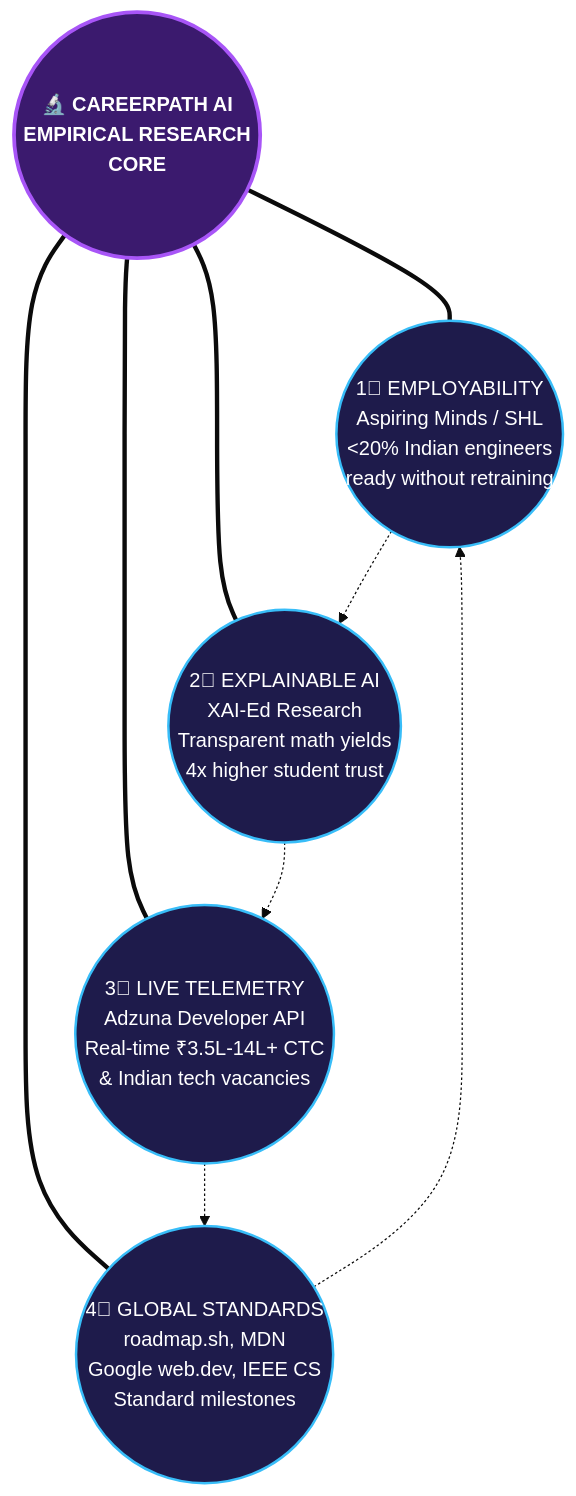
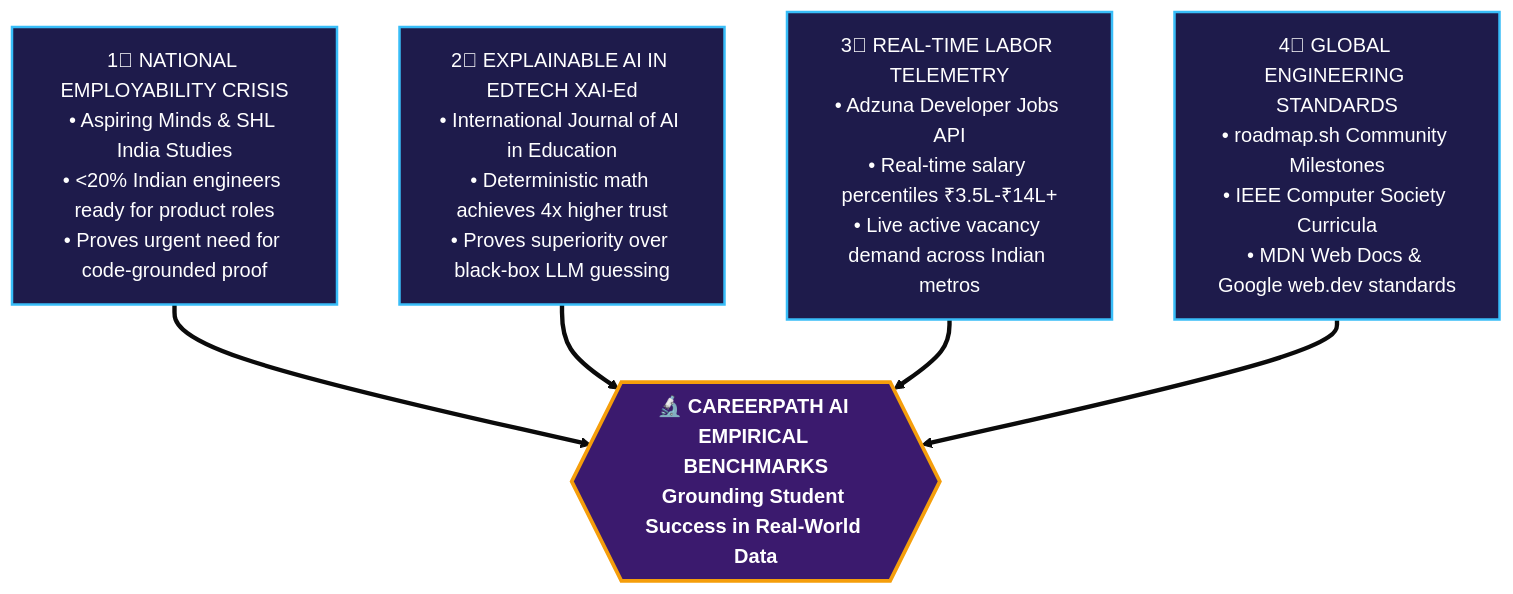
Before and after one commit to parthpatil1234p-svg/careerpath-ai: the fifth of 5 diagrams in docs/PPT-CONTENT.md, drawn with Mermaid (base theme). The commit also changed other lines of this file and 13 other files, not shown here.

````diff
--- a/docs/PPT-CONTENT.md
+++ b/docs/PPT-CONTENT.md
@@ -478,18 +324,17 @@
 ```mermaid
 flowchart TD
-    classDef center fill:#3B1A6E,stroke:#A855F7,stroke-width:3px,color:#FFFFFF,font-weight:bold;
-    classDef node fill:#1E1B4B,stroke:#38BDF8,stroke-width:2px,color:#FFFFFF;
+    classDef vector fill:#1E1B4B,stroke:#38BDF8,stroke-width:2px,color:#FFFFFF;
+    classDef core fill:#3B1A6E,stroke:#F59E0B,stroke-width:3px,color:#FFFFFF,font-weight:bold;
 
-    CENTER((🔬 CAREERPATH AI<br/>EMPIRICAL RESEARCH<br/>CORE)):::center
+    CORE{{🔬 CAREERPATH AI EMPIRICAL BENCHMARKS<br/>Grounding Student Success in Real-World Data}}:::core
 
-    R1((1⃣ EMPLOYABILITY<br/>Aspiring Minds / SHL<br/>&lt;20% Indian engineers<br/>ready without retraining)):::node
-    R2((2⃣ EXPLAINABLE AI<br/>XAI-Ed Research<br/>Transparent math yields<br/>4x higher student trust)):::node
-    R3((3⃣ LIVE TELEMETRY<br/>Adzuna Developer API<br/>Real-time ₹3.5L-14L+ CTC<br/>&amp; Indian tech vacancies)):::node
-    R4((4⃣ GLOBAL STANDARDS<br/>roadmap.sh, MDN<br/>Google web.dev, IEEE CS<br/>Standard milestones)):::node
+    V1[1⃣ NATIONAL EMPLOYABILITY CRISIS<br/>• Aspiring Minds &amp; SHL India Studies<br/>• &lt;20% Indian engineers ready for product roles<br/>• Proves urgent need for code-grounded proof]:::vector
+    V2[2⃣ EXPLAINABLE AI IN EDTECH XAI-Ed<br/>• International Journal of AI in Education<br/>• Deterministic math achieves 4x higher trust<br/>• Proves superiority over black-box LLM guessing]:::vector
+    V3[3⃣ REAL-TIME LABOR TELEMETRY<br/>• Adzuna Developer Jobs API<br/>• Real-time salary percentiles ₹3.5L-₹14L+<br/>• Live active vacancy demand across Indian metros]:::vector
+    V4[4⃣ GLOBAL ENGINEERING STANDARDS<br/>• roadmap.sh Community Milestones<br/>• IEEE Computer Society Curricula<br/>• MDN Web Docs &amp; Google web.dev standards]:::vector
 
-    CENTER === R1
-    CENTER === R2
-    CENTER === R3
-    CENTER === R4
-    R1 -.-> R2 -.-> R3 -.-> R4 -.-> R1
+    V1 ==> CORE
+    V2 ==> CORE
+    V3 ==> CORE
+    V4 ==> CORE
 ```
````
